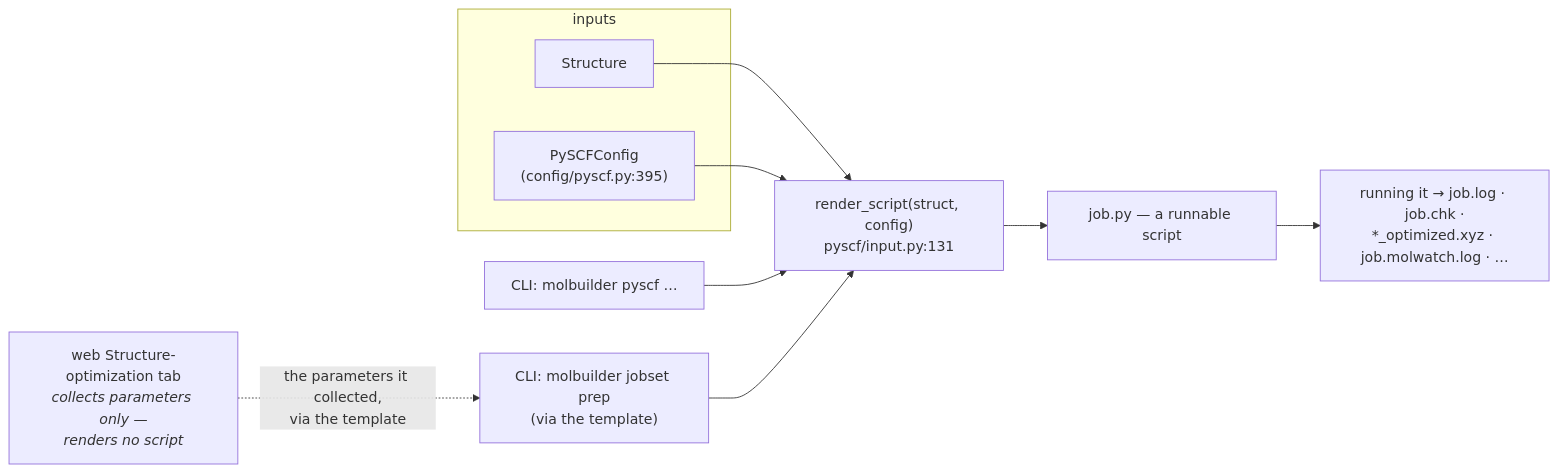
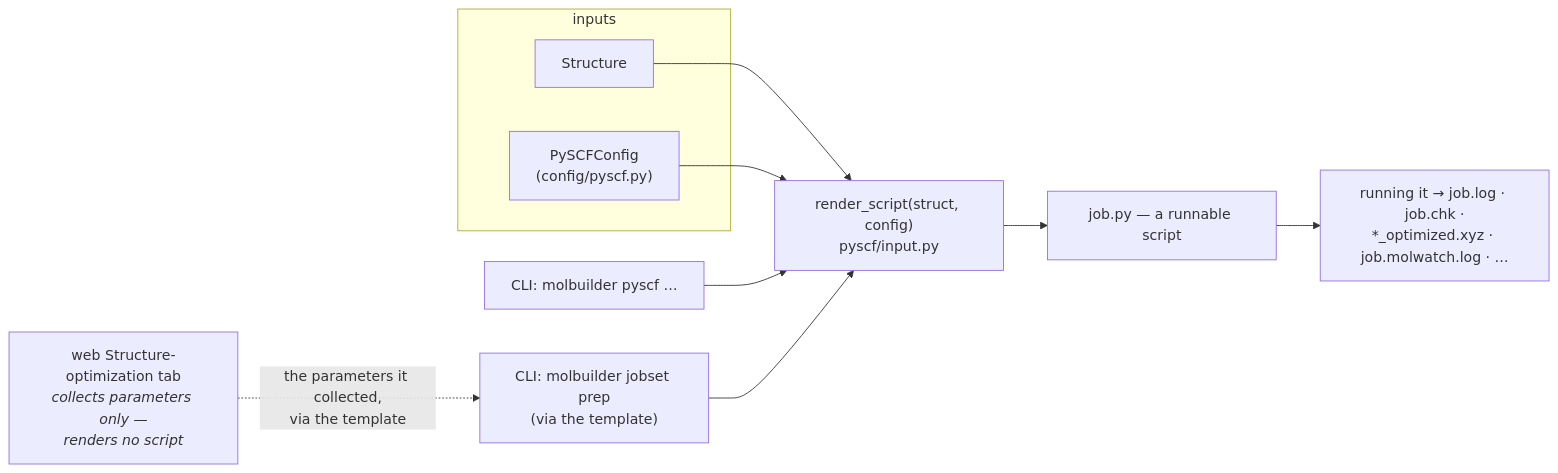
One commit to Qing-LAB/molbuilder changed the first of 2 diagrams in docs/engines/pyscf.md. Above: the diagram before and after it, drawn with Mermaid. The commit also changed other lines of this file and 20 other files, not shown here.

````diff
--- a/docs/engines/pyscf.md
+++ b/docs/engines/pyscf.md
@@ -36,19 +36,19 @@
 ```mermaid
 flowchart LR
     subgraph IN["inputs"]
         S["Structure"]
-        C["PySCFConfig<br/>(config/pyscf.py:395)"]
+        C["PySCFConfig<br/>(config/pyscf.py)"]
     end
     CLI["CLI: molbuilder pyscf …"]
     PREP["CLI: molbuilder jobset prep<br/>(via the template)"]
     WEB["web Structure-optimization tab<br/><i>collects parameters only —<br/>renders no script</i>"]
-    R["render_script(struct, config)<br/>pyscf/input.py:131"]
+    R["render_script(struct, config)<br/>pyscf/input.py"]
     PY["job.py — a runnable script"]
     RUN["running it → job.log · job.chk ·<br/>*_optimized.xyz · job.molwatch.log · …"]
     S --> R
     C --> R
     CLI --> R
     PREP --> R
     WEB -.->|"the parameters it collected,<br/>via the template"| PREP
     R --> PY --> RUN
 ```
````
